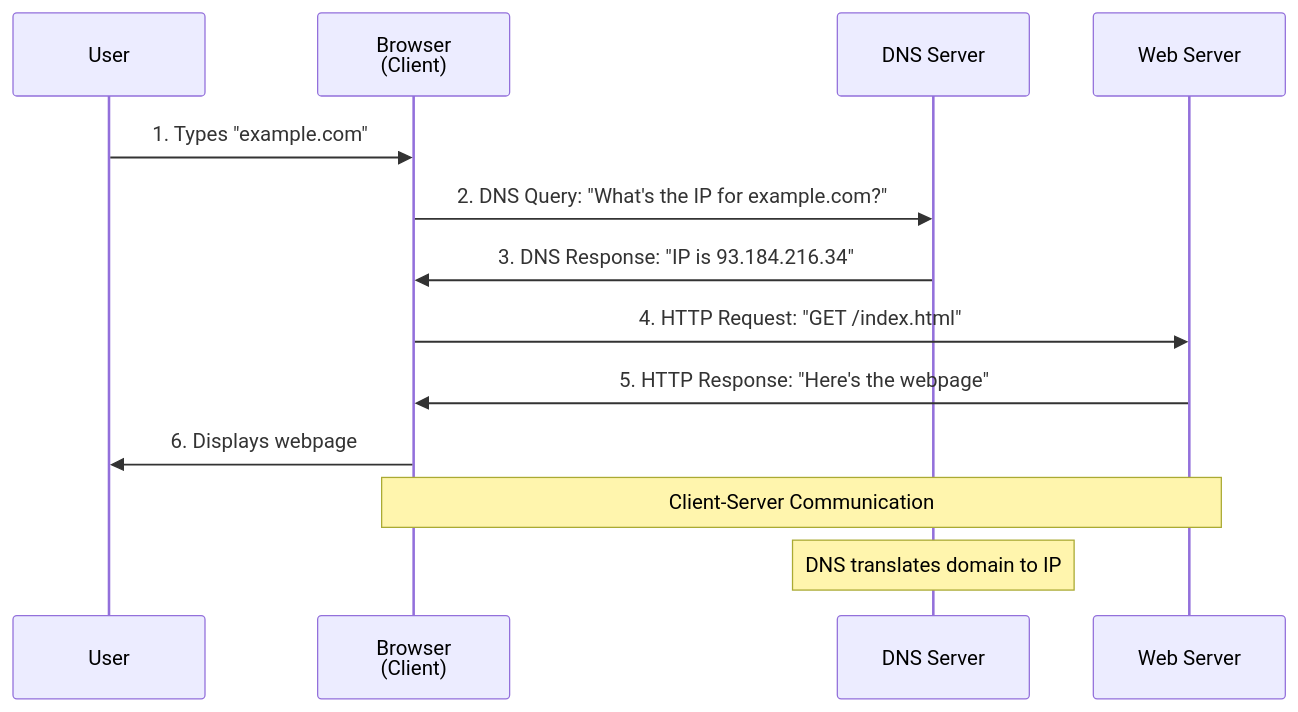
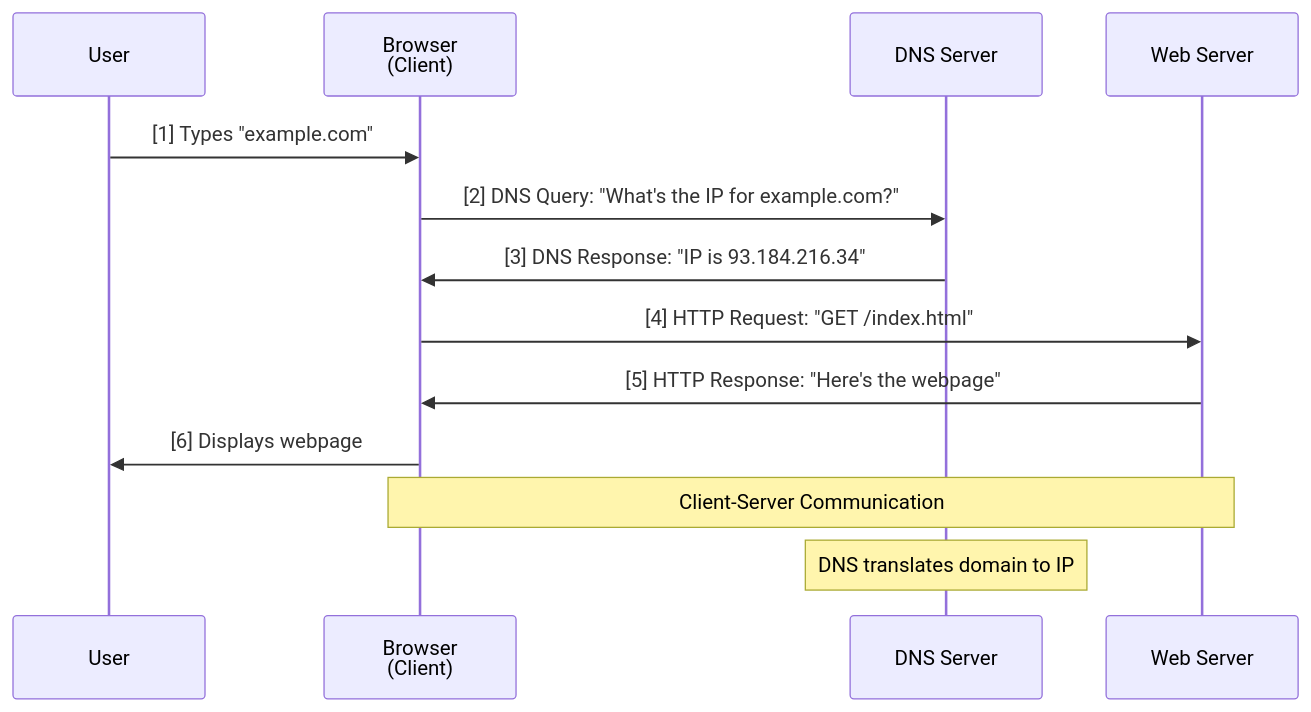
The diagram in 01_core-concepts/00_how-web-works.md (aliramazon/web-scalability-for-startup-engineers-book), drawn with Mermaid before and after one commit.

Commit message:
Improve step numbers

````diff
--- a/01_core-concepts/00_how-web-works.md
+++ b/01_core-concepts/00_how-web-works.md
@@ -24,17 +24,17 @@
 ```mermaid
 sequenceDiagram
     participant U as User
     participant B as Browser<br/>(Client)
     participant D as DNS Server
     participant W as Web Server
 
-    U->>B: 1. Types "example.com"
-    B->>D: 2. DNS Query: "What's the IP for example.com?"
-    D->>B: 3. DNS Response: "IP is 93.184.216.34"
-    B->>W: 4. HTTP Request: "GET /index.html"
-    W->>B: 5. HTTP Response: "Here's the webpage"
-    B->>U: 6. Displays webpage
+    U->>B: [1] Types "example.com"
+    B->>D: [2] DNS Query: "What's the IP for example.com?"
+    D->>B: [3] DNS Response: "IP is 93.184.216.34"
+    B->>W: [4] HTTP Request: "GET /index.html"
+    W->>B: [5] HTTP Response: "Here's the webpage"
+    B->>U: [6] Displays webpage
 
     Note over B,W: Client-Server Communication
     Note over D: DNS translates domain to IP
 ```
````
